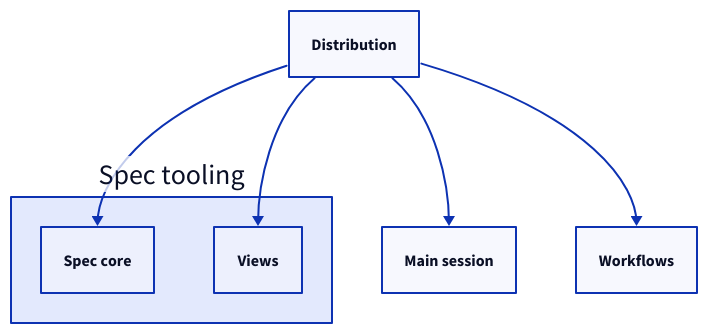
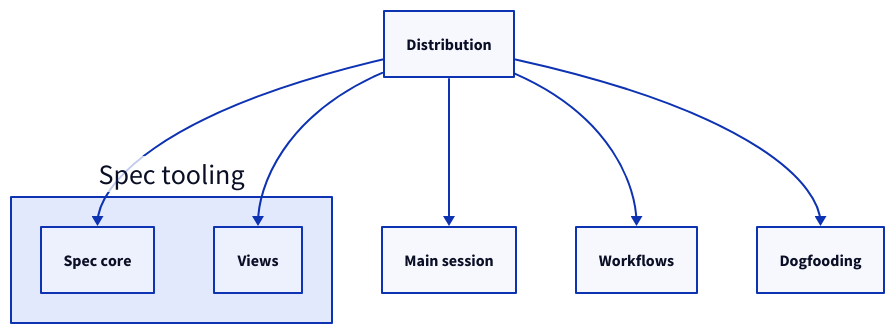
One commit to FTOD/concorde changed the second of 2 diagrams in specs/concorde/distribution/module.md. Above: the diagram before and after it, drawn with D2. The commit also changed other lines of this file and 34 other files, not shown here.

````diff
--- a/specs/concorde/distribution/module.md
+++ b/specs/concorde/distribution/module.md
@@ -227,13 +239,15 @@
 ```d2
 distribution: Distribution
 tooling: Spec tooling {
   spec: Spec core
   views: Views
 }
 mainsession: Main session
 workflows: Workflows
+dogfooding: Dogfooding
 distribution -> tooling.spec
 distribution -> tooling.views
 distribution -> mainsession
 distribution -> workflows
+distribution -> dogfooding
 ```
````
